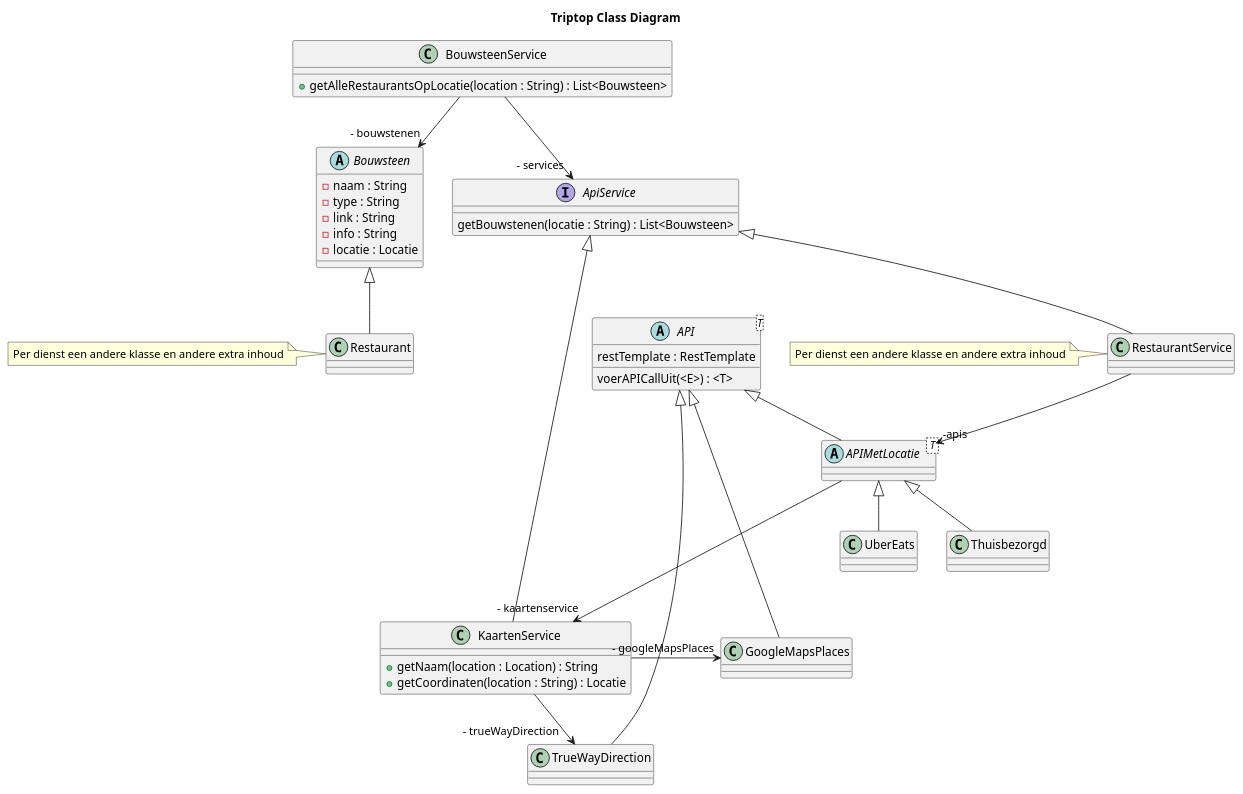
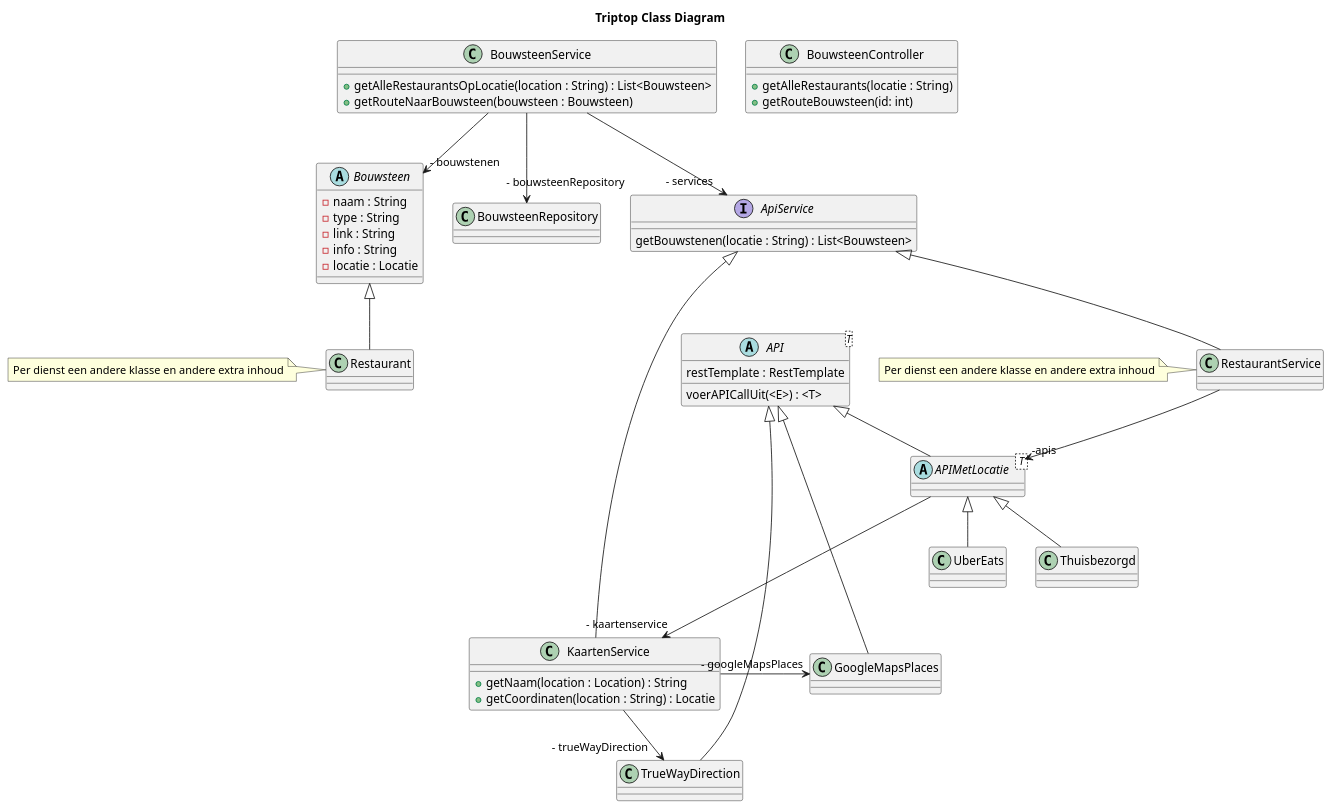
One commit to AIM-ENE-feb25/triptop-groep-1-met-third-wheel changed the diagram in individueel/diagram/class/Rianne-TripTopClassDiagram.puml. Above: the diagram before and after it, drawn with PlantUML. The commit also changed 4 other files, not shown here.

```diff
--- a/individueel/diagram/class/Rianne-TripTopClassDiagram.puml
+++ b/individueel/diagram/class/Rianne-TripTopClassDiagram.puml
@@ -1,56 +1,65 @@
 @startuml
 title Triptop Class Diagram
 
 class BouwsteenService{
   +getAlleRestaurantsOpLocatie(location : String) : List<Bouwsteen>
+  +getRouteNaarBouwsteen(bouwsteen : Bouwsteen)
 }
 
+class BouwsteenRepository {
+}
 abstract class Bouwsteen {
     - naam : String
     - type : String
     - link : String
     - info : String
     - locatie : Locatie
 }
 
 class Restaurant
 note left: Per dienst een andere klasse en andere extra inhoud
 
 interface ApiService{
     getBouwstenen(locatie : String) : List<Bouwsteen>
 }
 
 class KaartenService{
     +getNaam(location : Location) : String
     +getCoordinaten(location : String) : Locatie
 }
 
 abstract class API <T> {
     restTemplate : RestTemplate
     voerAPICallUit(<E>) : <T>
 }
 
 abstract class APIMetLocatie < T >
 
+class BouwsteenController {
+    +getAlleRestaurants(locatie : String)
+    +getRouteBouwsteen(id: int)
+}
+
 class UberEats
 class Thuisbezorgd
 class GoogleMapsPlaces
 class TrueWayDirection
 class RestaurantService
 note left: Per dienst een andere klasse en andere extra inhoud
 
 BouwsteenService -->"- bouwstenen" Bouwsteen
 Bouwsteen ^-- Restaurant
 BouwsteenService -->" - services" ApiService
 ApiService ^-- RestaurantService
 API ^-- APIMetLocatie
 APIMetLocatie ---> "- kaartenservice" KaartenService
 APIMetLocatie ^-- UberEats
 APIMetLocatie ^-- Thuisbezorgd
 ApiService ^-- KaartenService
 RestaurantService --> "-apis" APIMetLocatie
 API ^-- TrueWayDirection
 API ^-- GoogleMapsPlaces
 KaartenService -->"- trueWayDirection" TrueWayDirection
 KaartenService ->"- googleMapsPlaces" GoogleMapsPlaces
+BouwsteenService --> "- bouwsteenRepository" BouwsteenRepository
 @enduml
```
